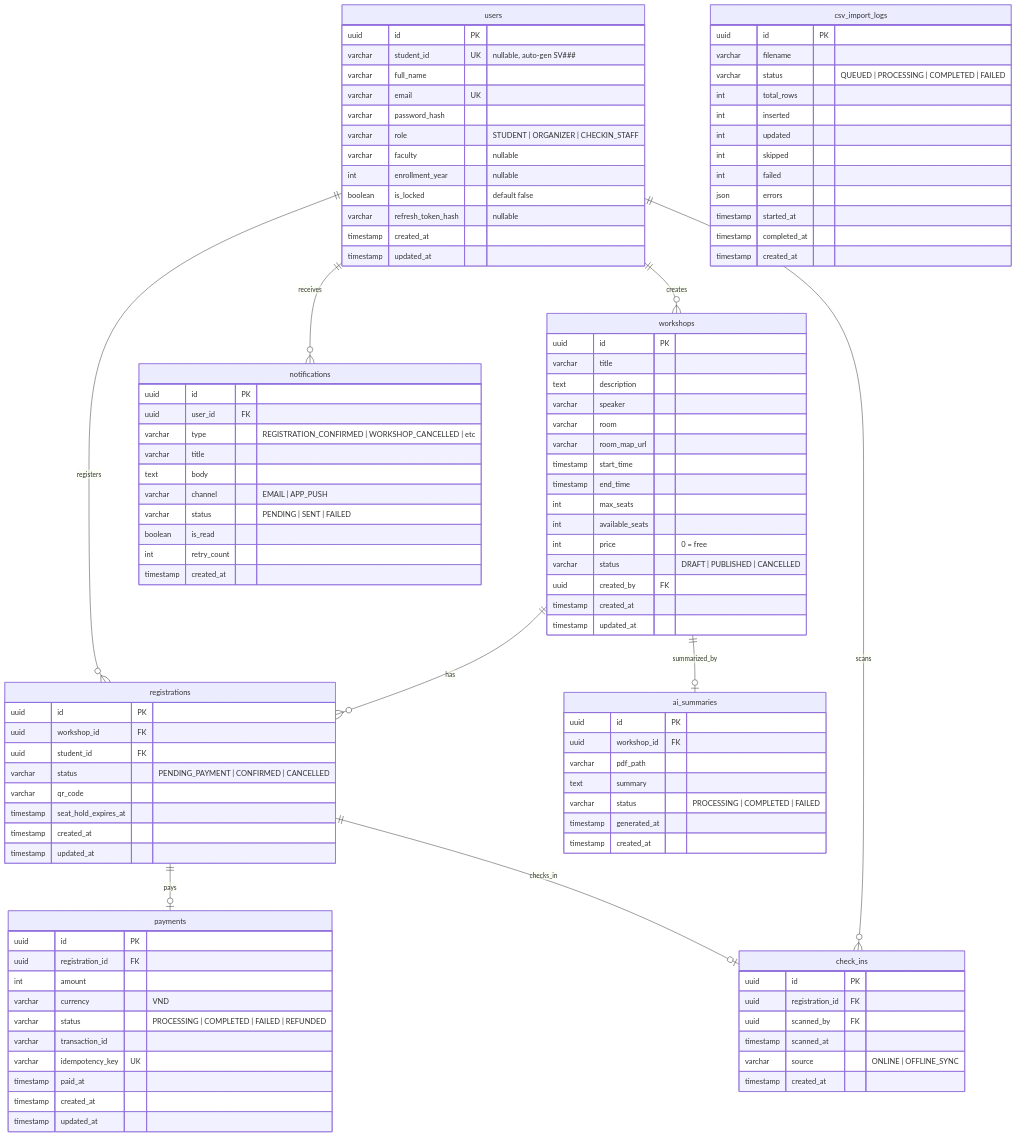
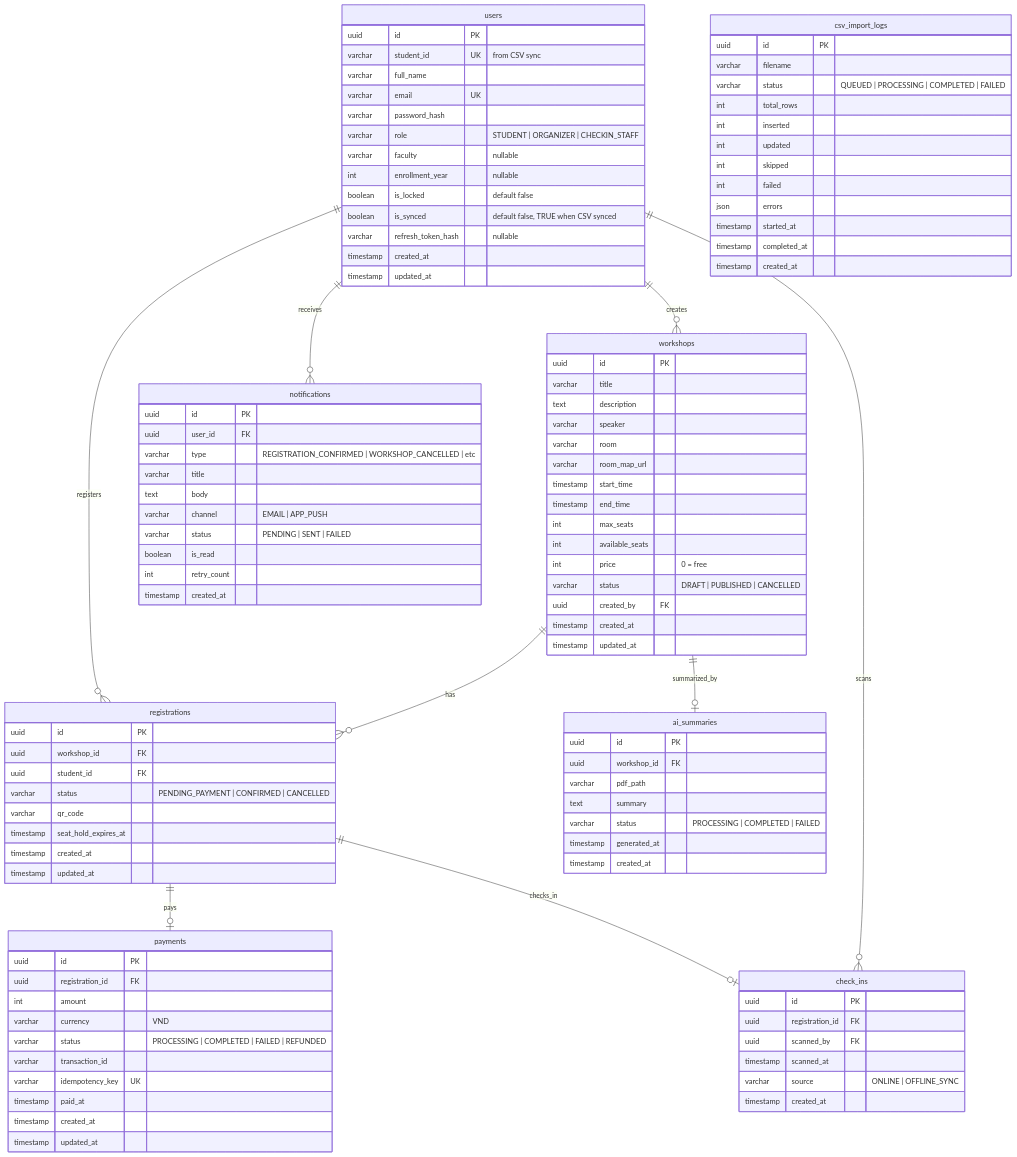
The third of 6 diagrams in blueprint/design.md (TMQ2k/UniHub-Workshop), drawn with Mermaid before and after one commit. The commit also changed other lines of this file and 14 other files, not shown here.

Commit message:
docs: establish initial architecture, database schema, and module specifications for UniHub Workshop

```diff
--- a/blueprint/design.md
+++ b/blueprint/design.md
@@ -144,7 +144,7 @@
 erDiagram
     users {
         uuid id PK
-        varchar student_id UK "nullable, auto-gen SV###"
+        varchar student_id UK "from CSV sync"
         varchar full_name
         varchar email UK
         varchar password_hash
@@ -152,6 +152,7 @@
         varchar faculty "nullable"
         int enrollment_year "nullable"
         boolean is_locked "default false"
+        boolean is_synced "default false, TRUE when CSV synced"
         varchar refresh_token_hash "nullable"
         timestamp created_at
         timestamp updated_at
```
